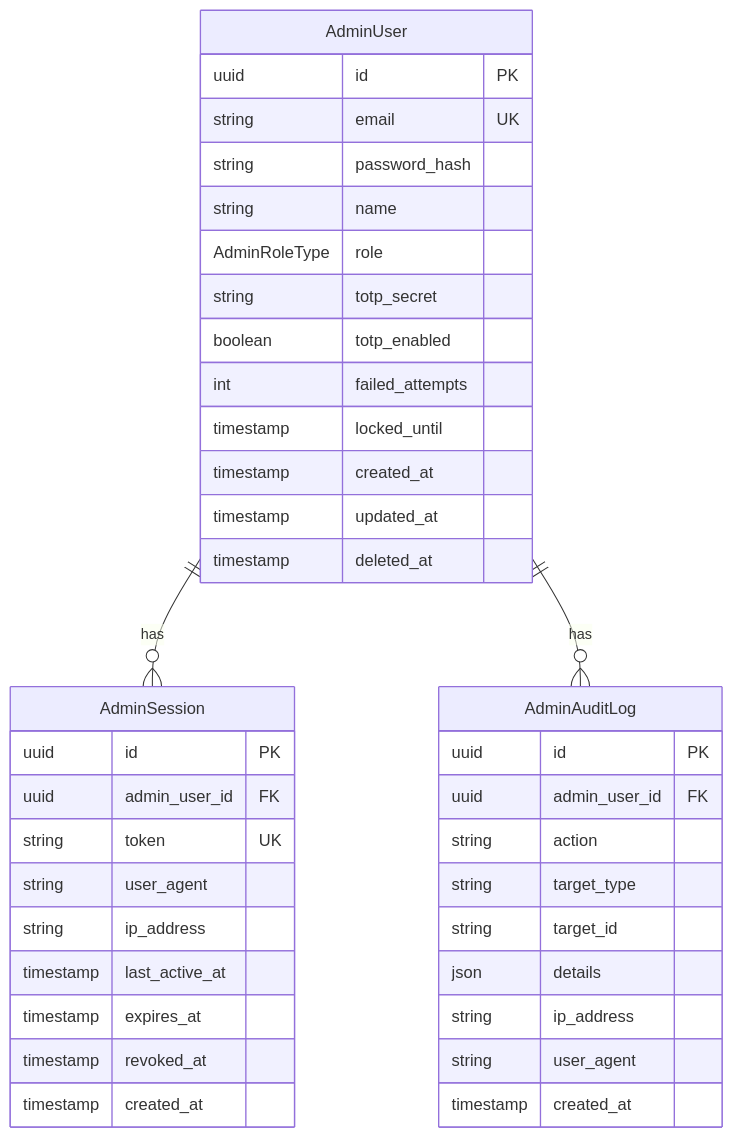
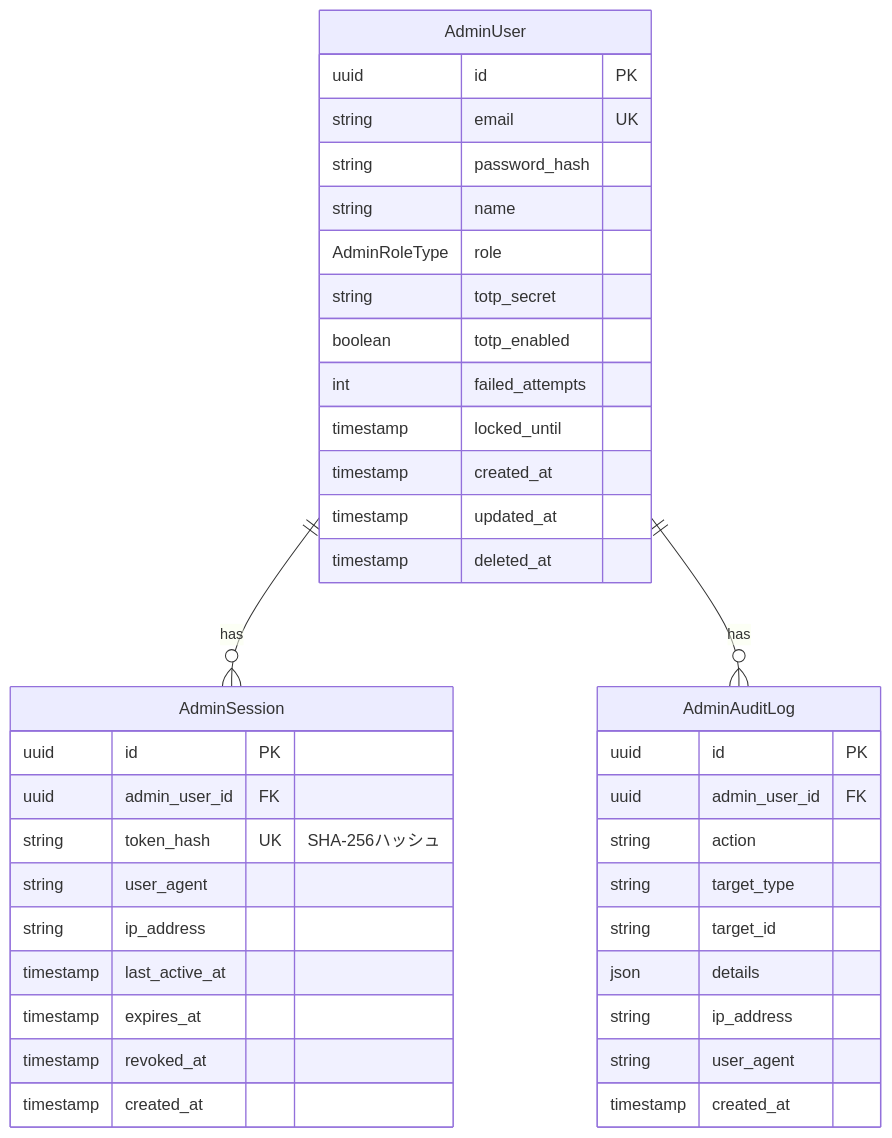
The tenth of 10 diagrams in docs/architecture/features/authentication.md (tsutsumi389/agentest), drawn with Mermaid before and after one commit. The commit also changed other lines of this file and 29 other files, not shown here.

````diff
--- a/docs/architecture/features/authentication.md
+++ b/docs/architecture/features/authentication.md
@@ -525,44 +526,44 @@
 ```mermaid
 erDiagram
     AdminUser ||--o{ AdminSession : "has"
     AdminUser ||--o{ AdminAuditLog : "has"
 
     AdminUser {
         uuid id PK
         string email UK
         string password_hash
         string name
         AdminRoleType role
         string totp_secret
         boolean totp_enabled
         int failed_attempts
         timestamp locked_until
         timestamp created_at
         timestamp updated_at
         timestamp deleted_at
     }
 
     AdminSession {
         uuid id PK
         uuid admin_user_id FK
-        string token UK
+        string token_hash UK "SHA-256ハッシュ"
         string user_agent
         string ip_address
         timestamp last_active_at
         timestamp expires_at
         timestamp revoked_at
         timestamp created_at
     }
 
     AdminAuditLog {
         uuid id PK
         uuid admin_user_id FK
         string action
         string target_type
         string target_id
         json details
         string ip_address
         string user_agent
         timestamp created_at
     }
 ```
````
